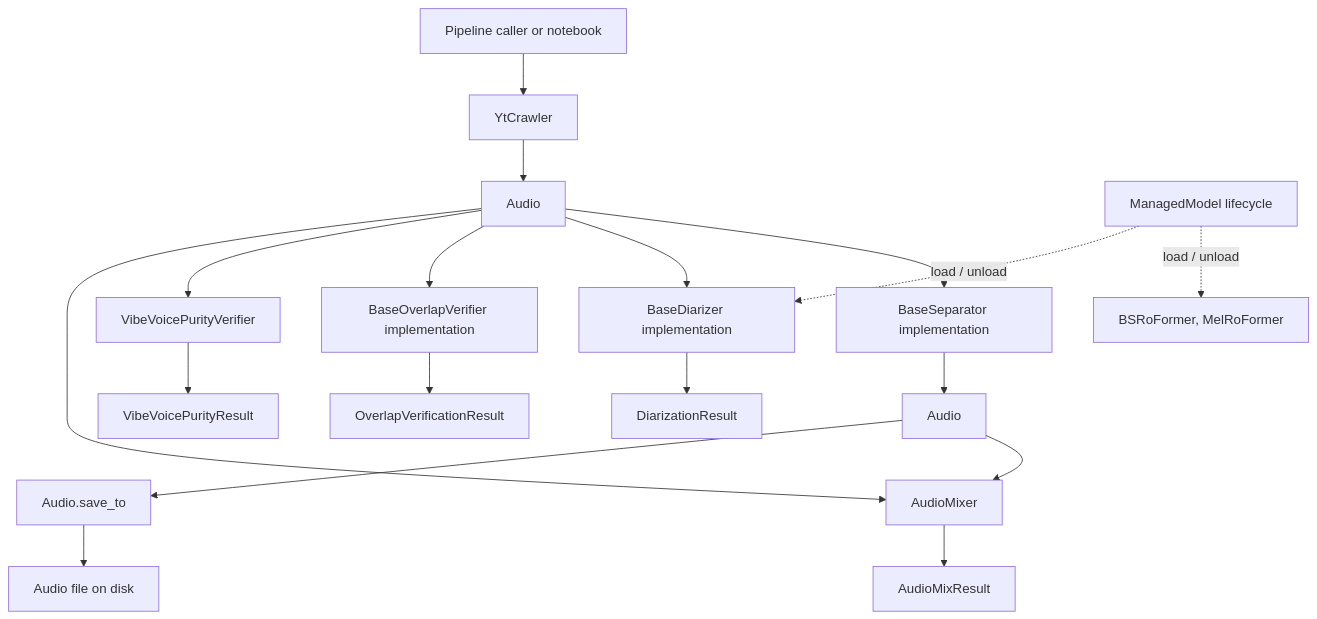
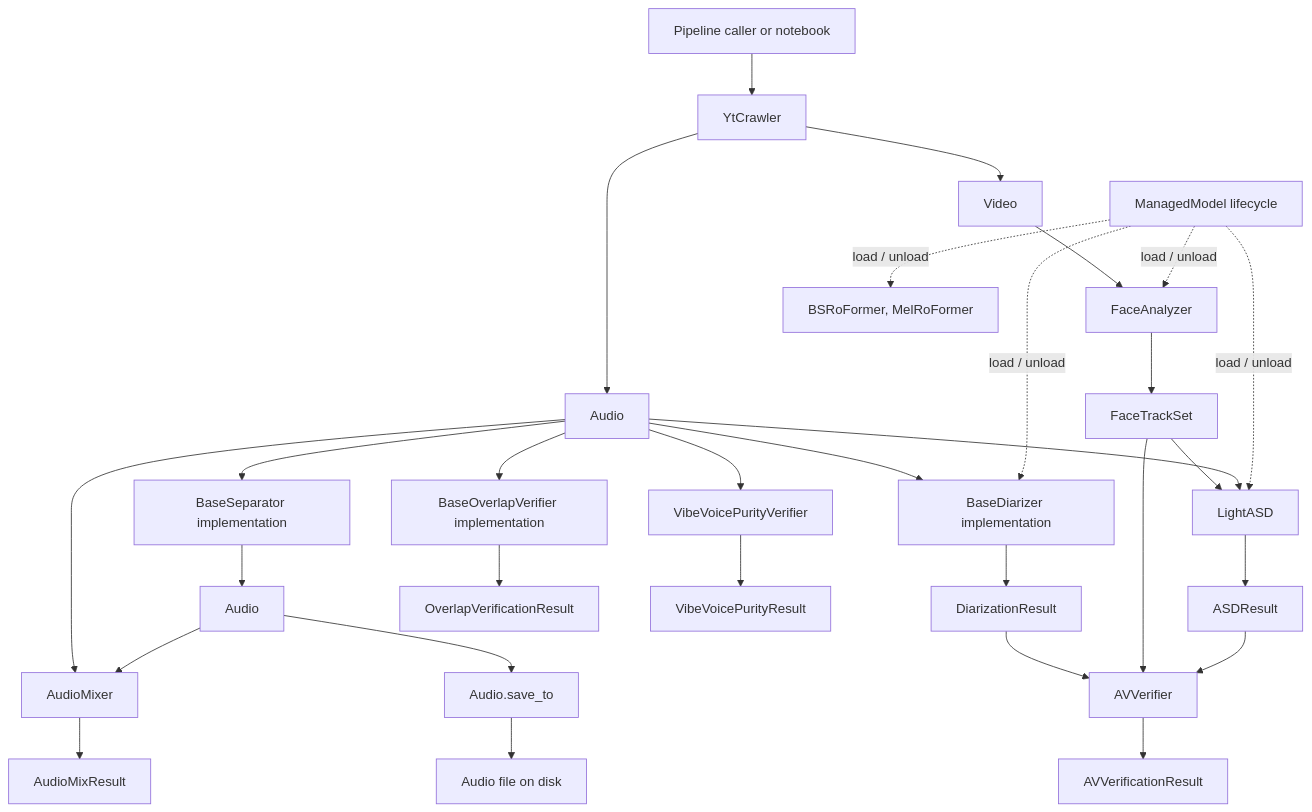
Before and after one commit to tungnguyenlam/audio-prepare-pipeline-redo: the diagram in docs/api_contract.md, drawn with Mermaid. The commit also changed other lines of this file and 10 other files, not shown here.

First line of the commit message:
feat: visual pipeline (Video crawl, FaceAnalyzer/LightASD fixes, AVVerifier refinements)

````diff
--- a/docs/api_contract.md
+++ b/docs/api_contract.md
@@ -3,21 +3,33 @@
 ```mermaid
 flowchart TD
     CALLER[Pipeline caller or notebook] --> CRAWLER[YtCrawler]
     CRAWLER --> AUDIO[Audio]
+    CRAWLER --> VIDEO[Video]
     AUDIO --> SEPARATOR[BaseSeparator implementation]
     SEPARATOR --> CLEAN_AUDIO[Audio]
     AUDIO --> DIARIZER[BaseDiarizer implementation]
     DIARIZER --> DIARIZATION[DiarizationResult]
     AUDIO --> OVERLAP_VERIFIER[BaseOverlapVerifier implementation]
     OVERLAP_VERIFIER --> OVERLAP_RESULT[OverlapVerificationResult]
     AUDIO --> VIBEVOICE[VibeVoicePurityVerifier]
     VIBEVOICE --> VIBEVOICE_RESULT[VibeVoicePurityResult]
     AUDIO --> MIXER[AudioMixer]
     CLEAN_AUDIO --> MIXER
     MIXER --> MIX_RESULT[AudioMixResult]
+    VIDEO --> FACE[FaceAnalyzer]
+    FACE --> TRACKS[FaceTrackSet]
+    TRACKS --> ASD[LightASD]
+    AUDIO --> ASD
+    ASD --> ASD_RESULT[ASDResult]
+    DIARIZATION --> AV[AVVerifier]
+    TRACKS --> AV
+    ASD_RESULT --> AV
+    AV --> AV_RESULT[AVVerificationResult]
 
     MANAGED[ManagedModel lifecycle] -. load / unload .-> MANAGED_BACKENDS[BSRoFormer, MelRoFormer]
     MANAGED -. load / unload .-> DIARIZER
+    MANAGED -. load / unload .-> FACE
+    MANAGED -. load / unload .-> ASD
     CLEAN_AUDIO --> SAVE[Audio.save_to]
     SAVE --> FILE[Audio file on disk]
 ```
````
